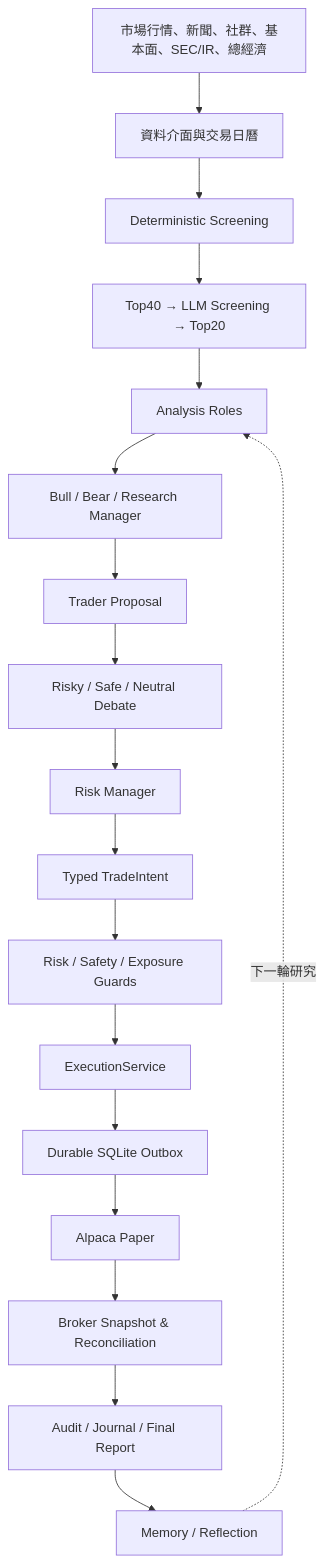
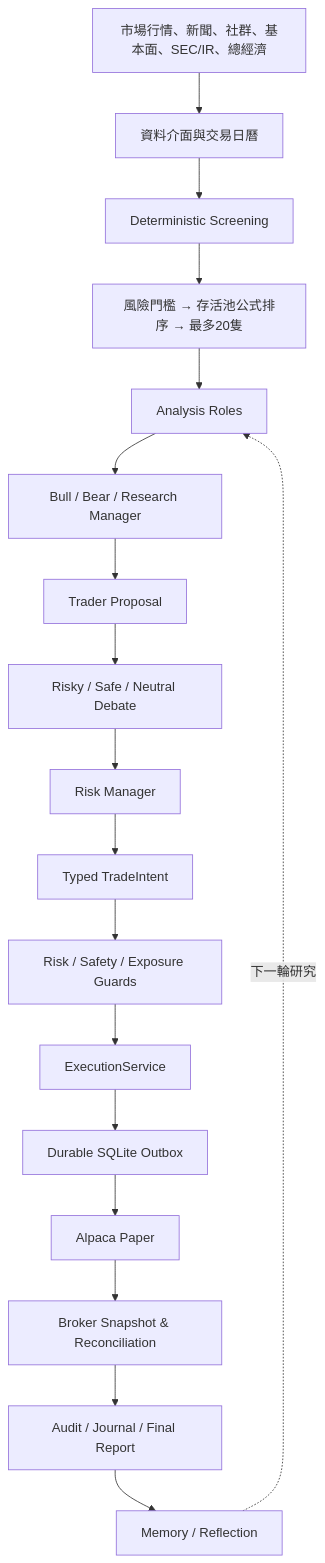
One commit to ihsieh31/traders changed the diagram in README.md. Above: the diagram before and after it, drawn with Mermaid. The commit also changed other lines of this file and 294 other files, not shown here.

````diff
--- a/README.md
+++ b/README.md
@@ -114,20 +114,20 @@
 ```mermaid
 flowchart TD
     A[市場行情、新聞、社群、基本面、SEC/IR、總經濟] --> B[資料介面與交易日曆]
     B --> C[Deterministic Screening]
-    C --> D[Top40 → LLM Screening → Top20]
+    C --> D[風險門檻 → 存活池公式排序 → 最多20隻]
     D --> E[Analysis Roles]
     E --> F[Bull / Bear / Research Manager]
     F --> G[Trader Proposal]
     G --> H[Risky / Safe / Neutral Debate]
     H --> I[Risk Manager]
     I --> J[Typed TradeIntent]
     J --> K[Risk / Safety / Exposure Guards]
     K --> L[ExecutionService]
     L --> M[Durable SQLite Outbox]
     M --> N[Alpaca Paper]
     N --> O[Broker Snapshot & Reconciliation]
     O --> P[Audit / Journal / Final Report]
     P --> Q[Memory / Reflection]
     Q -.下一輪研究.-> E
 ```
````
